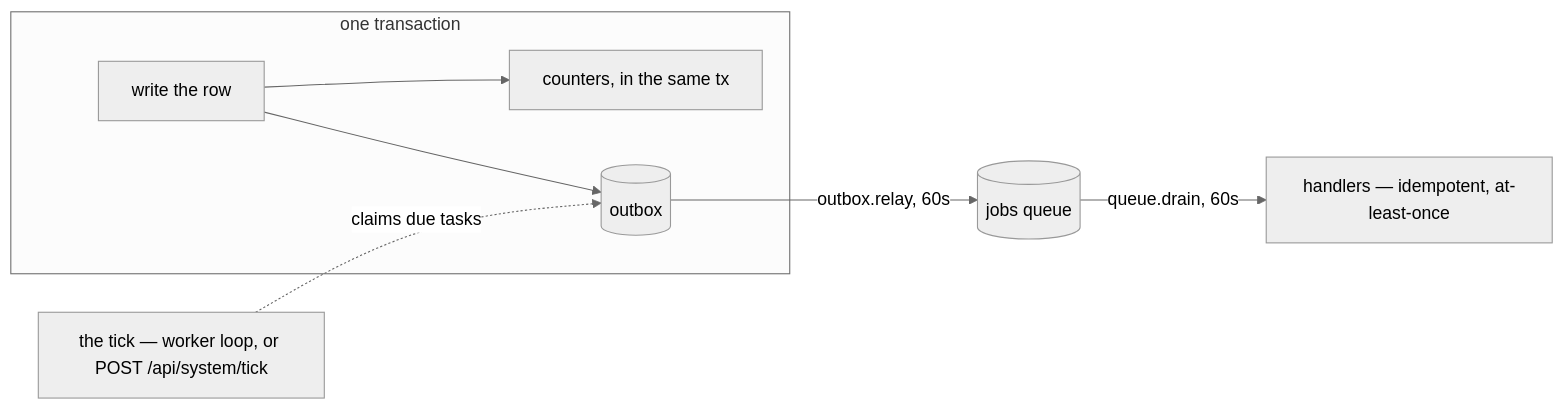
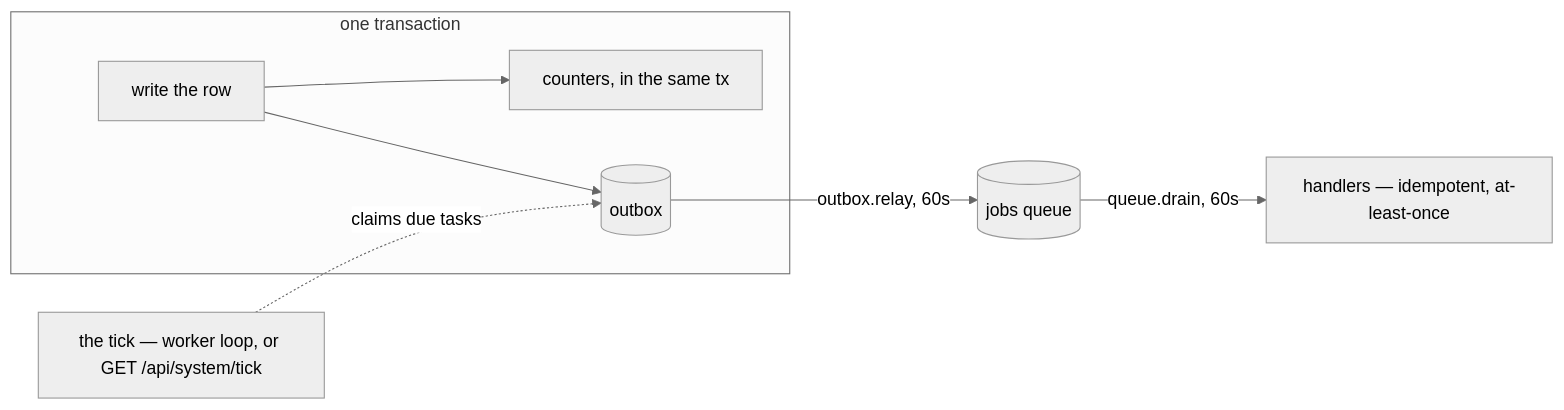
One commit to meith-dev/meith changed the fourth of 4 diagrams in docs/architecture.md. Above: the diagram before and after it, drawn with Mermaid (neutral theme). The commit also changed other lines of this file and 16 other files, not shown here.

````diff
--- a/docs/architecture.md
+++ b/docs/architecture.md
@@ -383,10 +356,10 @@
 ```mermaid
 flowchart LR
     subgraph tx ["one transaction"]
         w["write the row"] --> c["counters, in the same tx"]
         w --> o[("outbox")]
     end
     o -- "outbox.relay, 60s" --> j[("jobs queue")]
     j -- "queue.drain, 60s" --> h["handlers — idempotent, at-least-once"]
-    t["the tick — worker loop, or POST /api/system/tick"] -.claims due tasks.-> o
+    t["the tick — worker loop, or GET /api/system/tick"] -.claims due tasks.-> o
 ```
````
